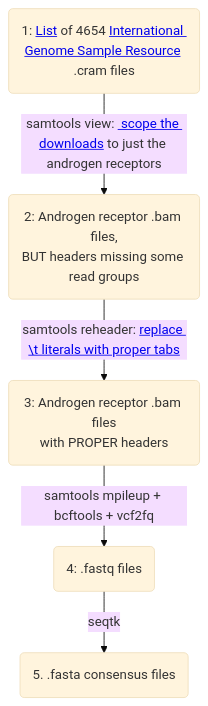
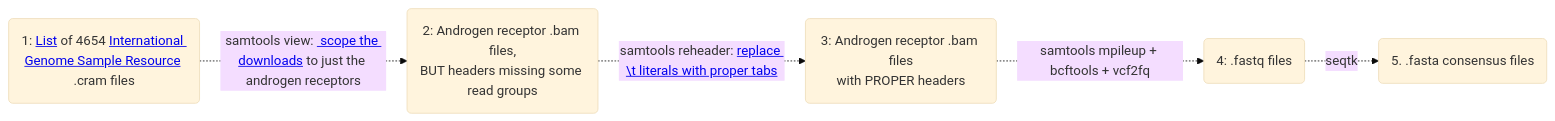
The diagram in README.md (engelanna/androgen-receptor-clusters-world-map), drawn with Mermaid (base theme) before and after one commit. The commit also changed other lines of this file, not shown here.

Commit message:
Try our a LR mermaid graph in README.md

````diff
--- a/README.md
+++ b/README.md
@@ -4,11 +4,11 @@
 ```mermaid
-flowchart TD
-    A(1: <a href='https://github.com/engelanna/androgen-receptor-clustering/blob/main/assets/txt/download_bam_files_input_urls.txt'>List</a> of 4654 <a href='https://www.internationalgenome.org/'>International Genome Sample Resource</a> .cram files) -->|samtools view: <a href='https://github.com/engelanna/androgen-receptor-clustering/blob/main/scripts/_010_download_bam_files.py#L20'> scope the downloads</a> to just the androgen receptors | B
+graph LR
+    A(1: <a href='https://github.com/engelanna/androgen-receptor-clustering/blob/main/assets/txt/download_bam_files_input_urls.txt'>List</a> of 4654 <a href='https://www.internationalgenome.org/'>International Genome Sample Resource</a> .cram files) -.->|samtools view: <a href='https://github.com/engelanna/androgen-receptor-clustering/blob/main/scripts/_010_download_bam_files.py#L20'> scope the downloads</a> to just the androgen receptors| B
 
-    B(2: Androgen receptor .bam files,<br>BUT headers missing some read groups) --> | samtools reheader: <a href='https://github.com/engelanna/androgen-receptor-clustering/blob/main/scripts/_015_reheader_bam_files_with_proper_tabs.py#L23'>replace \t literals with proper tabs</a> | C
+    B(2: Androgen receptor .bam files,<br>BUT headers missing some read groups) -.-> | samtools reheader: <a href='https://github.com/engelanna/androgen-receptor-clustering/blob/main/scripts/_015_reheader_bam_files_with_proper_tabs.py#L23'>replace \t literals with proper tabs</a>| C
     
-    C(3: Androgen receptor .bam files<br>with PROPER headers) -->|samtools mpileup + bcftools + vcf2fq| D
+    C(3: Androgen receptor .bam files<br>with PROPER headers) -.->|samtools mpileup + bcftools + vcf2fq|D
     
-    D(4: .fastq files) -->|seqtk | E
+    D(4: .fastq files) -.->|seqtk| E
     E(5. .fasta consensus files)
 ```
````
